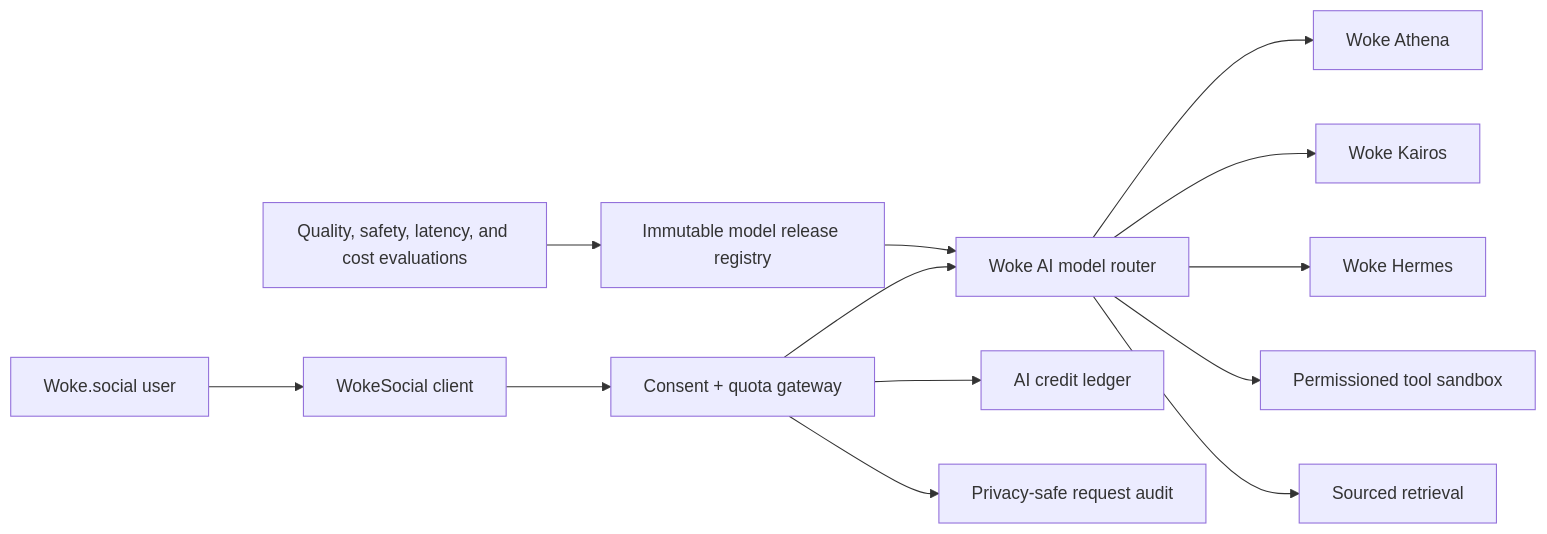
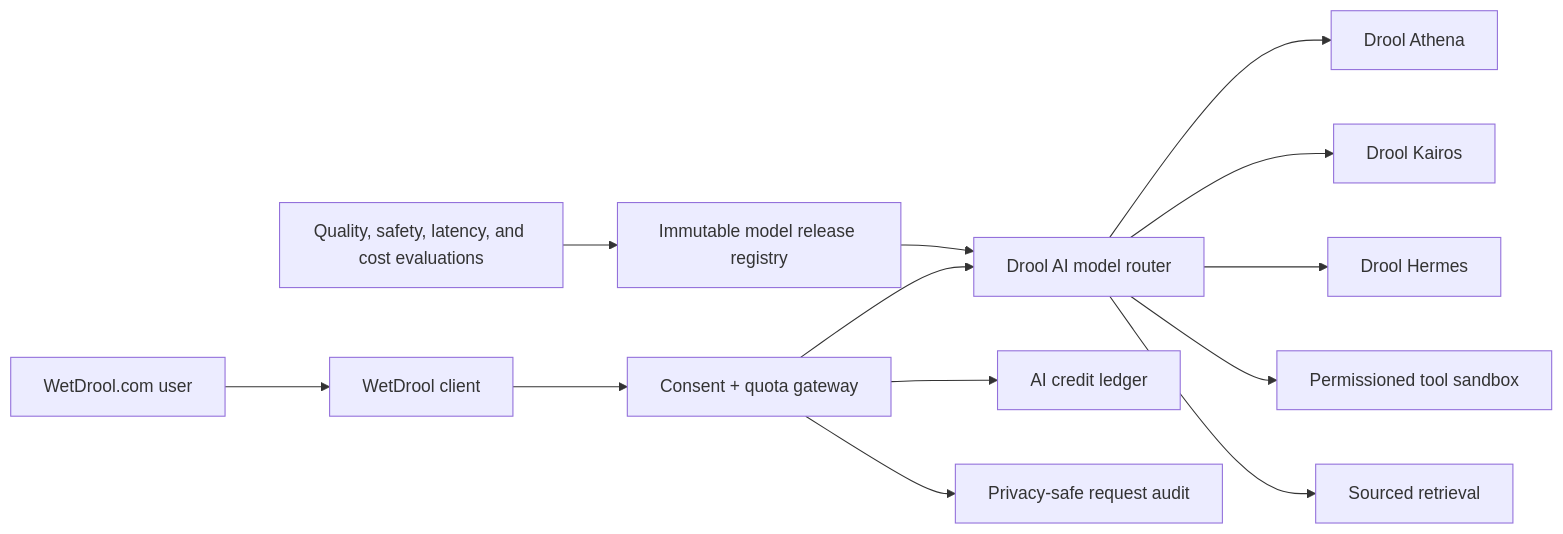
The first of 2 diagrams in docs/AI_PLATFORM.md (droolson/wetdrool), drawn with Mermaid before and after one commit. The commit also changed other lines of this file and 588 other files, not shown here.

````diff
--- a/docs/AI_PLATFORM.md
+++ b/docs/AI_PLATFORM.md
@@ -31,15 +31,15 @@
 ```mermaid
 flowchart LR
-  Person["Woke.social user"] --> Product["WokeSocial client"]
+  Person["WetDrool.com user"] --> Product["WetDrool client"]
   Product --> Gateway["Consent + quota gateway"]
-  Gateway --> Router["Woke AI model router"]
-  Router --> Athena["Woke Athena"]
-  Router --> Kairos["Woke Kairos"]
-  Router --> Hermes["Woke Hermes"]
+  Gateway --> Router["Drool AI model router"]
+  Router --> Athena["Drool Athena"]
+  Router --> Kairos["Drool Kairos"]
+  Router --> Hermes["Drool Hermes"]
   Router --> Tools["Permissioned tool sandbox"]
   Router --> Retrieval["Sourced retrieval"]
   Gateway --> Ledger["AI credit ledger"]
   Gateway --> Audit["Privacy-safe request audit"]
   Models["Immutable model release registry"] --> Router
   Evaluations["Quality, safety, latency, and cost evaluations"] --> Models
 ```
````
